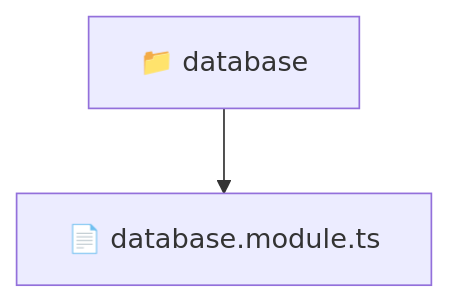
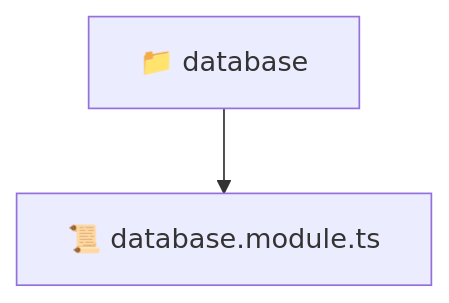
Before and after one commit to beginwebdev2002/fullstack-mavluda: the diagram in backend/src/common/database/README.md, drawn with Mermaid. The commit also changed other lines of this file and 163 other files, not shown here.

````diff
--- a/backend/src/common/database/README.md
+++ b/backend/src/common/database/README.md
@@ -9,5 +9,5 @@
 ```mermaid
 graph TD
-  Root["📁 database"]
-  Root --> database_module_ts["📄 database.module.ts"]
+  database["📁 database"]
+  database --> database_module_ts["📜 database.module.ts"]
 ```
````
